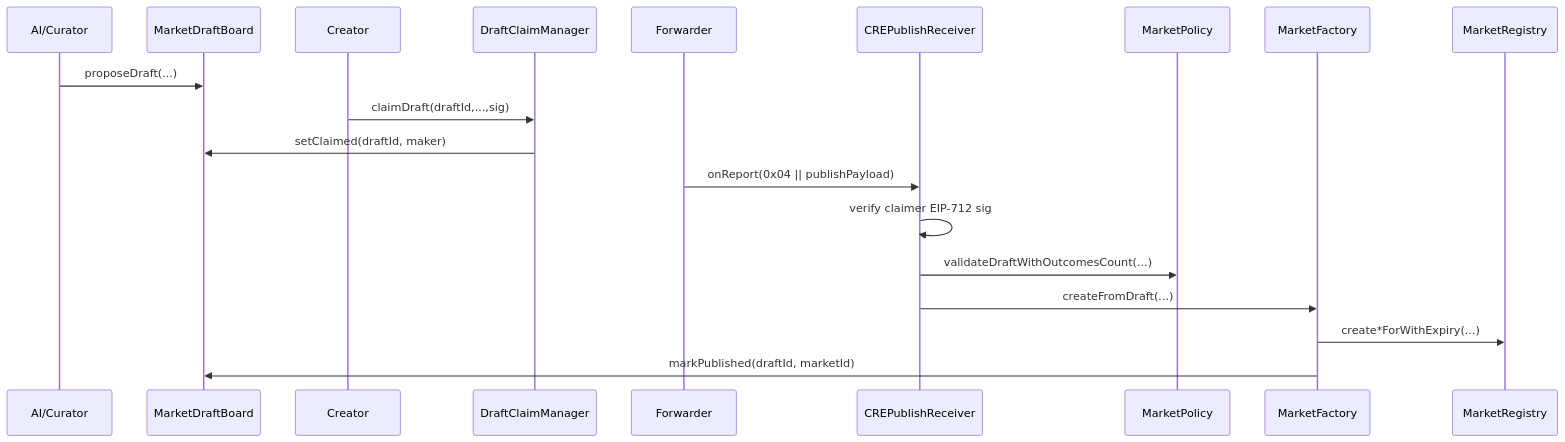
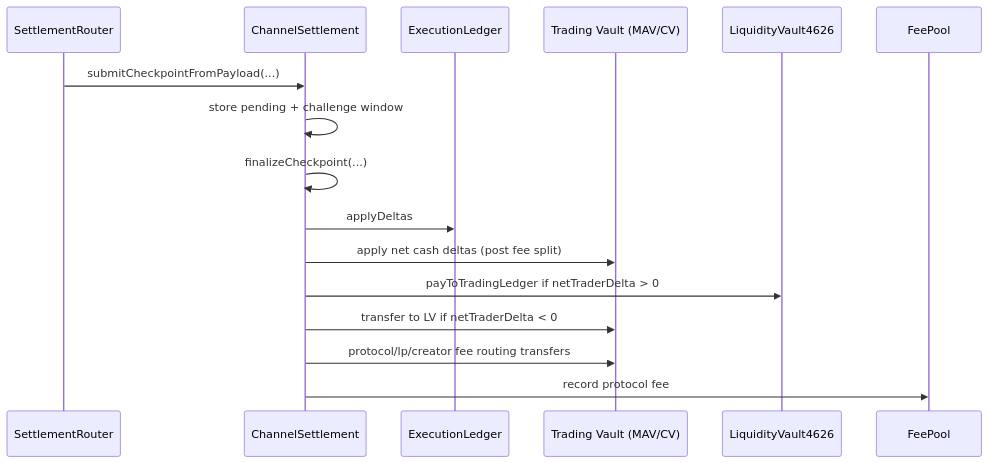
Before and after one commit to mAsyamJ/ShadowPool: the fourth of 4 diagrams in .docs/CurrentSmartContract.md, drawn with Mermaid. The commit also changed other lines of this file and 7 other files, not shown here.

````diff
--- a/.docs/CurrentSmartContract.md
+++ b/.docs/CurrentSmartContract.md
@@ -323,23 +290,19 @@
 ```mermaid
 sequenceDiagram
-  participant AI as AI/Curator
-  participant DB as MarketDraftBoard
-  participant Maker as Creator
-  participant DCM as DraftClaimManager
-  participant F as Forwarder
-  participant CPR as CREPublishReceiver
-  participant MP as MarketPolicy
-  participant MF as MarketFactory
-  participant MR as MarketRegistry
+  participant SR as SettlementRouter
+  participant CS as ChannelSettlement
+  participant EL as ExecutionLedger
+  participant TV as Trading Vault (MAV/CV)
+  participant LV as LiquidityVault4626
+  participant FP as FeePool
 
-  AI->>DB: proposeDraft(...)
-  Maker->>DCM: claimDraft(draftId,...,sig)
-  DCM->>DB: setClaimed(draftId, maker)
-
-  F->>CPR: onReport(0x04 || publishPayload)
-  CPR->>CPR: verify claimer EIP-712 sig
-  CPR->>MP: validateDraftWithOutcomesCount(...)
-  CPR->>MF: createFromDraft(...)
-  MF->>MR: create*ForWithExpiry(...)
-  MF->>DB: markPublished(draftId, marketId)
+  SR->>CS: submitCheckpointFromPayload(...)
+  CS->>CS: store pending + challenge window
+  CS->>CS: finalizeCheckpoint(...)
+  CS->>EL: applyDeltas
+  CS->>TV: apply net cash deltas (post fee split)
+  CS->>LV: payToTradingLedger if netTraderDelta > 0
+  CS->>TV: transfer to LV if netTraderDelta < 0
+  CS->>TV: protocol/lp/creator fee routing transfers
+  CS->>FP: record protocol fee
 ```
````
